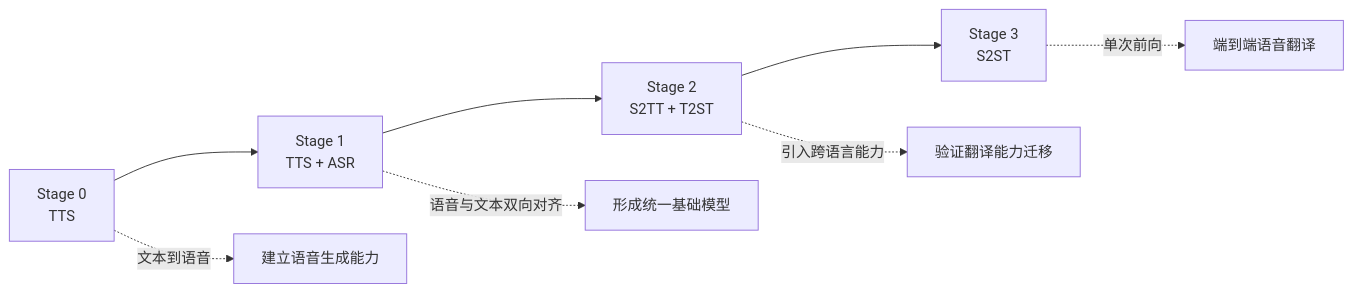
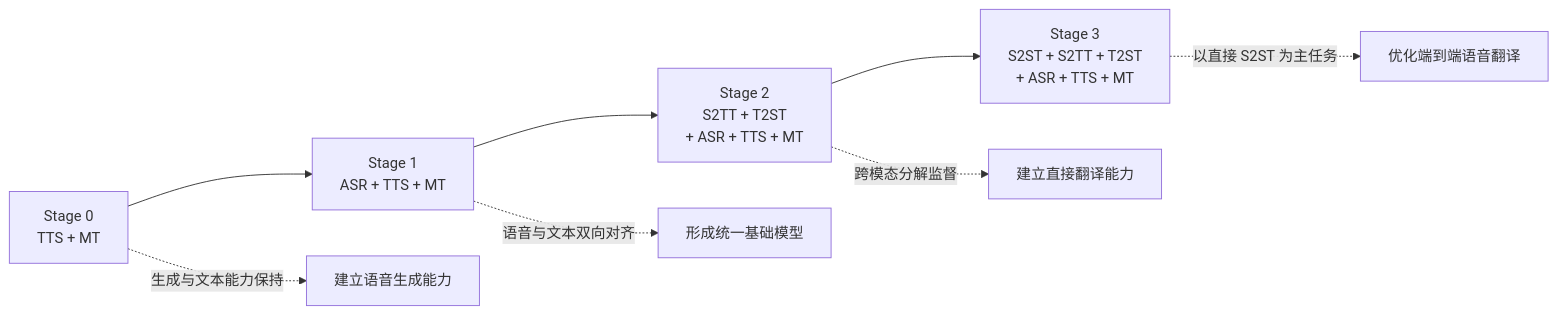
One commit to rookiejune/speech-to-speech changed the third of 3 diagrams in docs/experiments/plan/overview.md. Above: the diagram before and after it, drawn with Mermaid. The commit also changed other lines of this file and 17 other files, not shown here.

```diff
--- a/docs/experiments/plan/overview.md
+++ b/docs/experiments/plan/overview.md
@@ -74,11 +75,11 @@
 ~~~mermaid
 flowchart LR
-    S0["Stage 0<br/>TTS"] --> S1["Stage 1<br/>TTS + ASR"]
-    S1 --> S2["Stage 2<br/>S2TT + T2ST"]
-    S2 --> S3["Stage 3<br/>S2ST"]
+    S0["Stage 0<br/>TTS + MT"] --> S1["Stage 1<br/>ASR + TTS + MT"]
+    S1 --> S2["Stage 2<br/>S2TT + T2ST<br/>+ ASR + TTS + MT"]
+    S2 --> S3["Stage 3<br/>S2ST + S2TT + T2ST<br/>+ ASR + TTS + MT"]
 
-    S0 -.文本到语音.-> A[建立语音生成能力]
+    S0 -.生成与文本能力保持.-> A[建立语音生成能力]
     S1 -.语音与文本双向对齐.-> B[形成统一基础模型]
-    S2 -.引入跨语言能力.-> C[验证翻译能力迁移]
-    S3 -.单次前向.-> D[端到端语音翻译]
+    S2 -.跨模态分解监督.-> C[建立直接翻译能力]
+    S3 -.以直接 S2ST 为主任务.-> D[优化端到端语音翻译]
 ~~~
```
